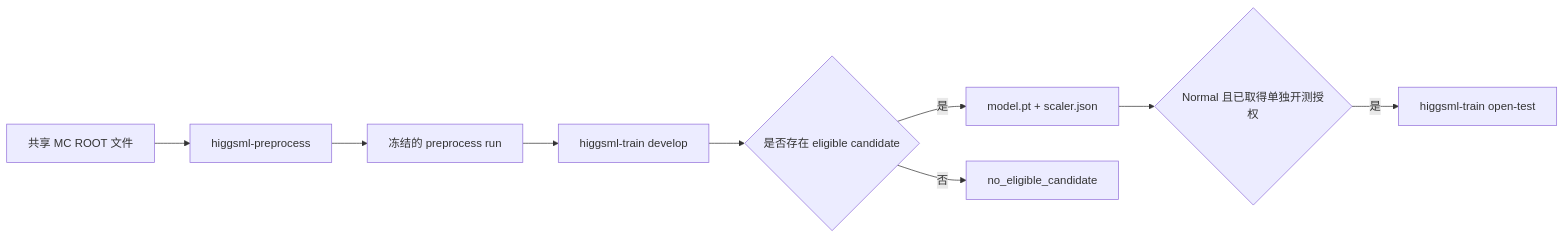
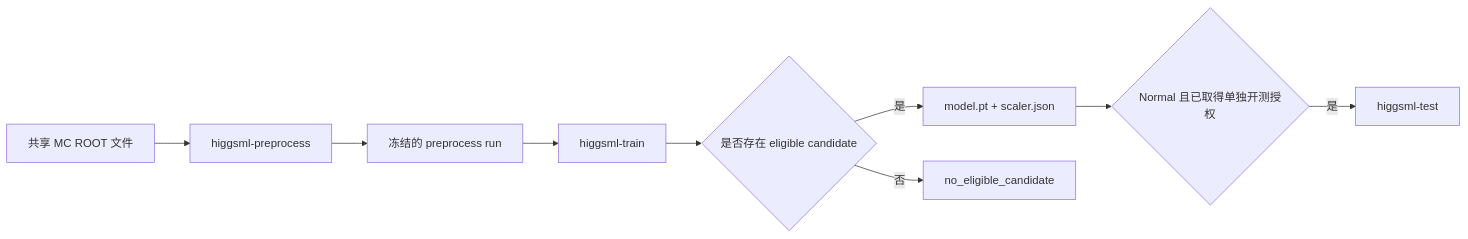
One commit to hyi03/HiggsML changed the diagram in README.md. Above: the diagram before and after it, drawn with Mermaid. The commit also changed other lines of this file and 20 other files, not shown here.

````diff
--- a/README.md
+++ b/README.md
@@ -17,11 +17,11 @@
 ```mermaid
 flowchart LR
     A[共享 MC ROOT 文件] --> B[higgsml-preprocess]
     B --> C[冻结的 preprocess run]
-    C --> D[higgsml-train develop]
+    C --> D[higgsml-train]
     D --> E{是否存在 eligible candidate}
     E -->|是| F[model.pt + scaler.json]
     E -->|否| G[no_eligible_candidate]
     F --> H{Normal 且已取得单独开测授权}
-    H -->|是| I[higgsml-train open-test]
+    H -->|是| I[higgsml-test]
 ```
````
